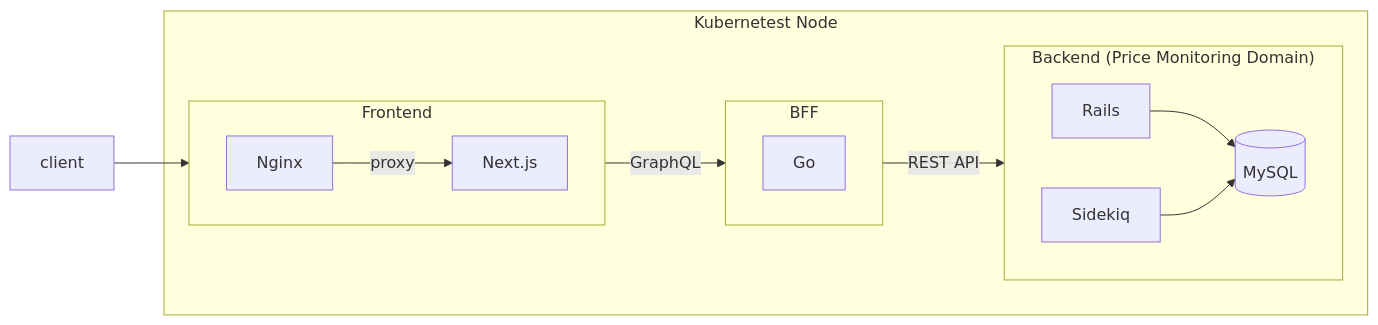
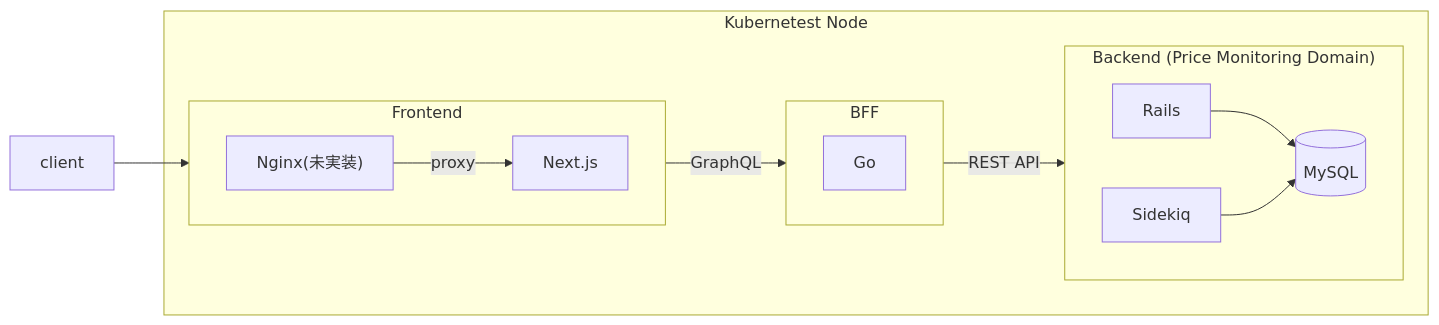
One commit to kuroweb/price-monitoring changed the first of 3 diagrams in README.md. Above: the diagram before and after it, drawn with Mermaid. The commit also changed other lines of this file and 5 other files, not shown here.

````diff
--- a/README.md
+++ b/README.md
@@ -38,33 +38,33 @@
 ```mermaid
 flowchart LR
 subgraph Kubernetest Node
   subgraph frontend [Frontend]
     direction LR
 
-    Nginx
+    Nginx["Nginx(未実装)"]
     Next.js
 
     Nginx--proxy-->Next.js
   end
 
   subgraph bff [BFF]
     direction LR
 
     bff_go[Go]
   end
 
   subgraph price ["Backend (Price Monitoring Domain)"]
     direction LR
 
     price_rails[Rails]
     price_rails_batch[Sidekiq]
     price_rails_mysql[(MySQL)]
 
     price_rails-->price_rails_mysql
     price_rails_batch-->price_rails_mysql
   end
 end
 
 client-->frontend--GraphQL-->bff
 bff--REST API-->price
 ```
````
